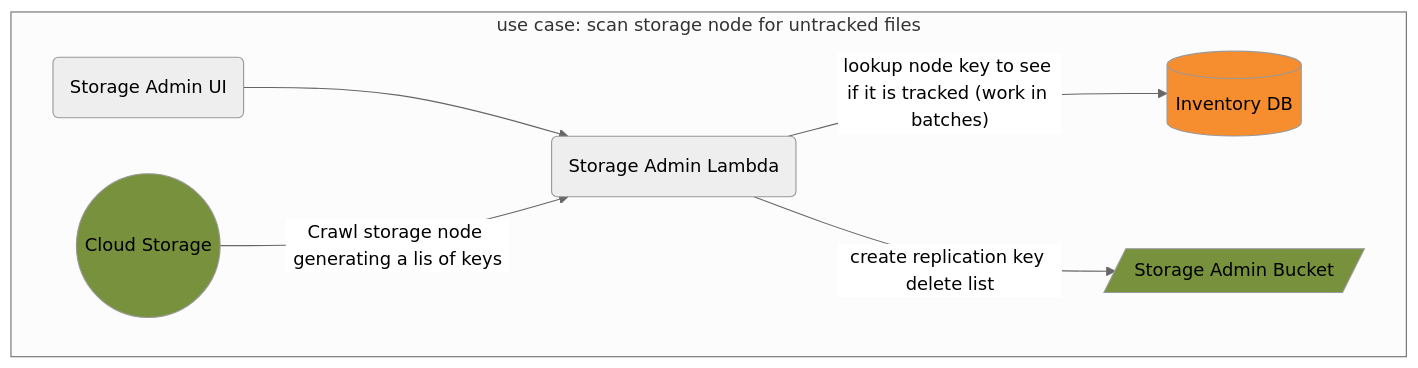
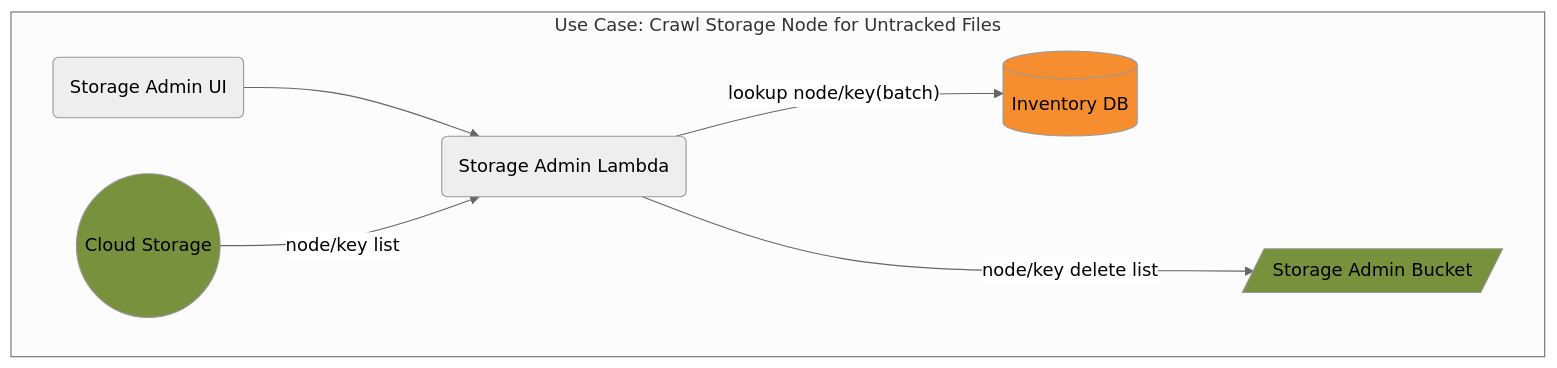
One commit to CDLUC3/mrt-doc changed the diagram in diagrams/store-admin-scan-node.mmd. Above: the diagram before and after it, drawn with Mermaid. The commit also changed 9 other files, not shown here.

Commit message:
refine store admin diagrams

```diff
--- a/diagrams/store-admin-scan-node.mmd
+++ b/diagrams/store-admin-scan-node.mmd
@@ -1,18 +1,18 @@
 %%{init: {'theme': 'neutral', 'securityLevel': 'loose'}}%%
 graph TD
   SAUI("Storage Admin UI")
   SA("Storage Admin Lambda")
   RDS[(Inventory DB)]
   SABUCK[/"Storage Admin Bucket"/]
   CLOUD(("Cloud Storage"))
 
-  subgraph "use case: scan storage node for untracked files"
+  subgraph "Use Case: Crawl Storage Node for Untracked Files"
     SAUI-->SA
-    CLOUD-->|"Crawl storage node generating a lis of keys"|SA
-    SA-->|"lookup node key to see if it is tracked (work in batches)"|RDS
-    SA-->|"create replication key delete list"|SABUCK
+    CLOUD-->|"node/key list"|SA
+    SA-->|"lookup node/key(batch)"|RDS
+    SA--->|"node/key delete list"|SABUCK
   end
 
   style RDS fill:#F68D2F
   style SABUCK fill:#77913C
   style CLOUD fill:#77913C
```
